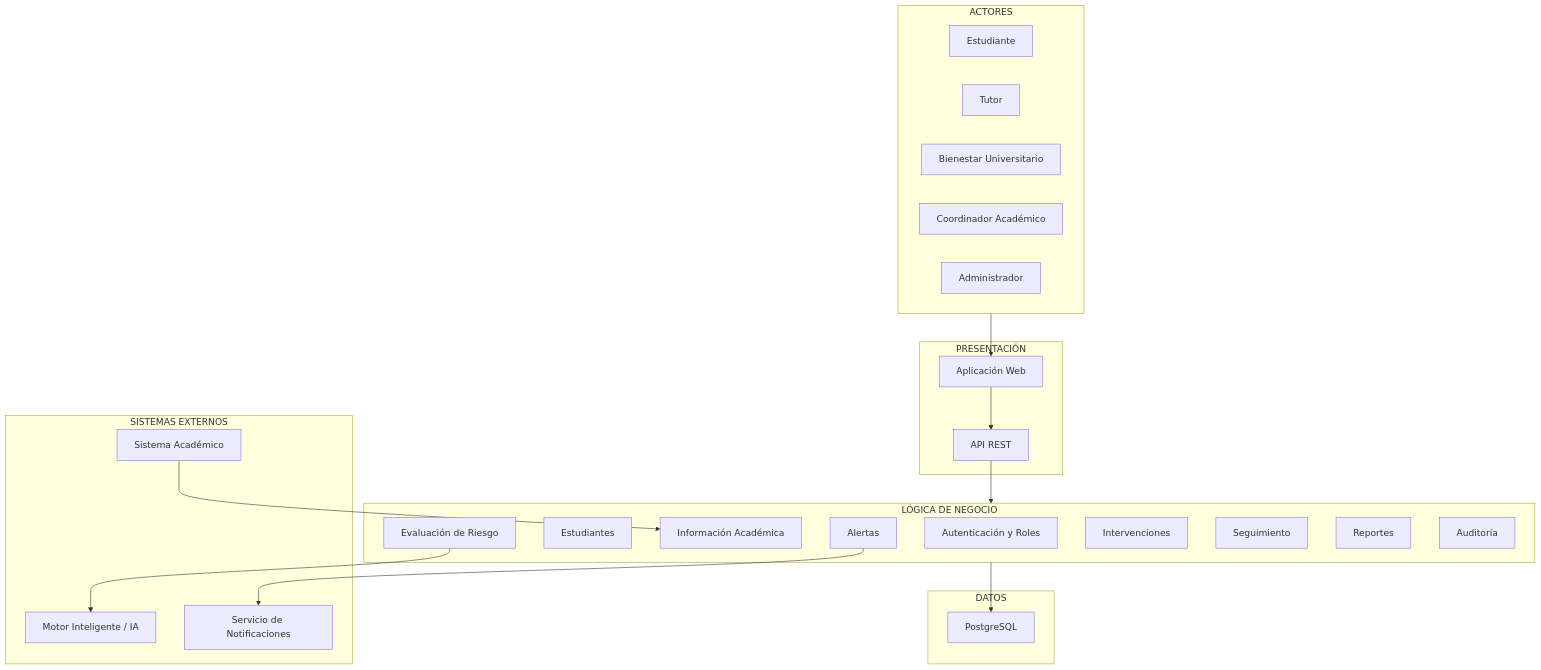
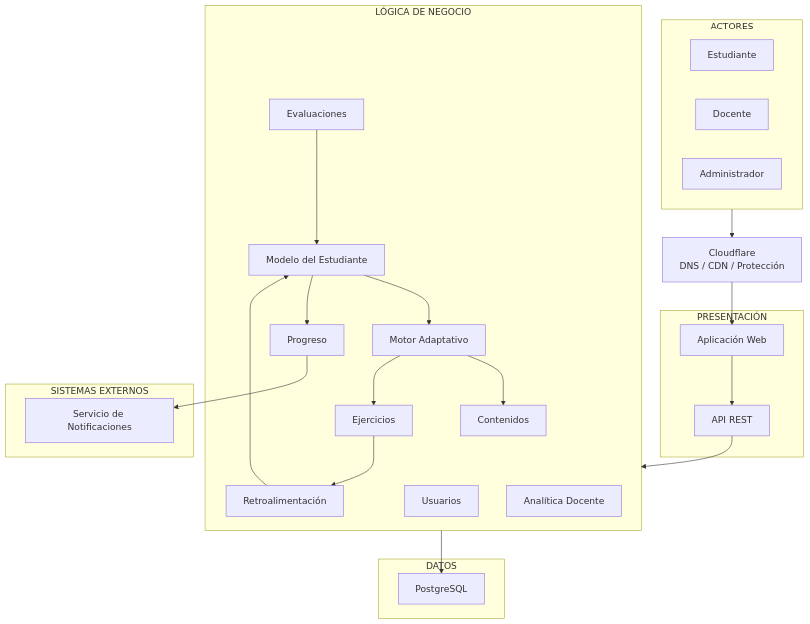
The diagram in arquitectura/arquitectura-inicial.md (100robert/guia-02-arqSoftware), drawn with Mermaid before and after one commit. The commit also changed other lines of this file and 7 other files, not shown here.

````diff
--- a/arquitectura/arquitectura-inicial.md
+++ b/arquitectura/arquitectura-inicial.md
@@ -5,66 +5,74 @@
 ```mermaid
 flowchart TD
 
 %% =========================
 %% ACTORES
 %% =========================
 subgraph ACTORES["ACTORES"]
     Estudiante["Estudiante"]
-    Tutor["Tutor"]
-    Bienestar["Bienestar Universitario"]
-    Coordinador["Coordinador Académico"]
+    Docente["Docente"]
     Admin["Administrador"]
 end
+
+%% =========================
+%% EDGE
+%% =========================
+Cloudflare["Cloudflare<br/>DNS / CDN / Protección"]
 
 %% =========================
 %% PRESENTACIÓN
 %% =========================
 subgraph PRESENTACION["PRESENTACIÓN"]
     Web["Aplicación Web"]
     API["API REST"]
 end
 
 %% =========================
 %% LÓGICA DE NEGOCIO
 %% =========================
 subgraph NEGOCIO["LÓGICA DE NEGOCIO"]
-    Auth["Autenticación y Roles"]
-    Students["Estudiantes"]
-    Academic["Información Académica"]
-    Risk["Evaluación de Riesgo"]
-    Alerts["Alertas"]
-    Interventions["Intervenciones"]
-    Tracking["Seguimiento"]
-    Reports["Reportes"]
-    Audit["Auditoría"]
+    Usuarios["Usuarios"]
+    Evaluaciones["Evaluaciones"]
+    Perfil["Modelo del Estudiante"]
+    Adaptativo["Motor Adaptativo"]
+    Contenidos["Contenidos"]
+    Ejercicios["Ejercicios"]
+    Feedback["Retroalimentación"]
+    Progreso["Progreso"]
+    Analitica["Analítica Docente"]
 end
 
 %% =========================
 %% DATOS
 %% =========================
 subgraph DATOS["DATOS"]
     BD["PostgreSQL"]
 end
 
 %% =========================
-%% SISTEMAS EXTERNOS
+%% EXTERNOS
 %% =========================
 subgraph EXTERNOS["SISTEMAS EXTERNOS"]
-    AcademicSystem["Sistema Académico"]
-    ML["Motor Inteligente / IA"]
     Notifications["Servicio de Notificaciones"]
 end
 
 %% =========================
 %% FLUJO
 %% =========================
 
-ACTORES --> Web
+ACTORES --> Cloudflare
+Cloudflare --> Web
 Web --> API
 API --> NEGOCIO
 NEGOCIO --> BD
 
-AcademicSystem --> Academic
-Risk --> ML
-Alerts --> Notifications
+Evaluaciones --> Perfil
+Perfil --> Adaptativo
+Adaptativo --> Contenidos
+Adaptativo --> Ejercicios
+Ejercicios --> Feedback
+Feedback --> Perfil
+Perfil --> Progreso
+
+Progreso --> Notifications
 ```
````
